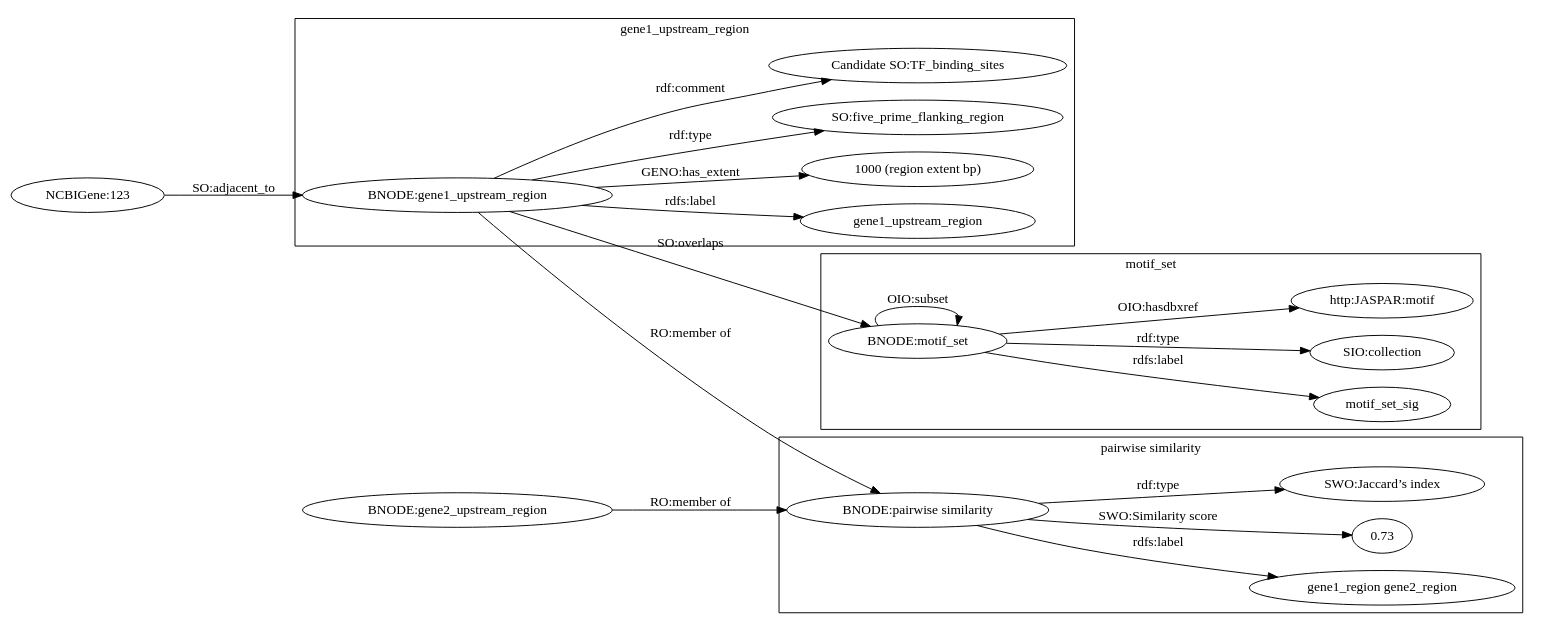
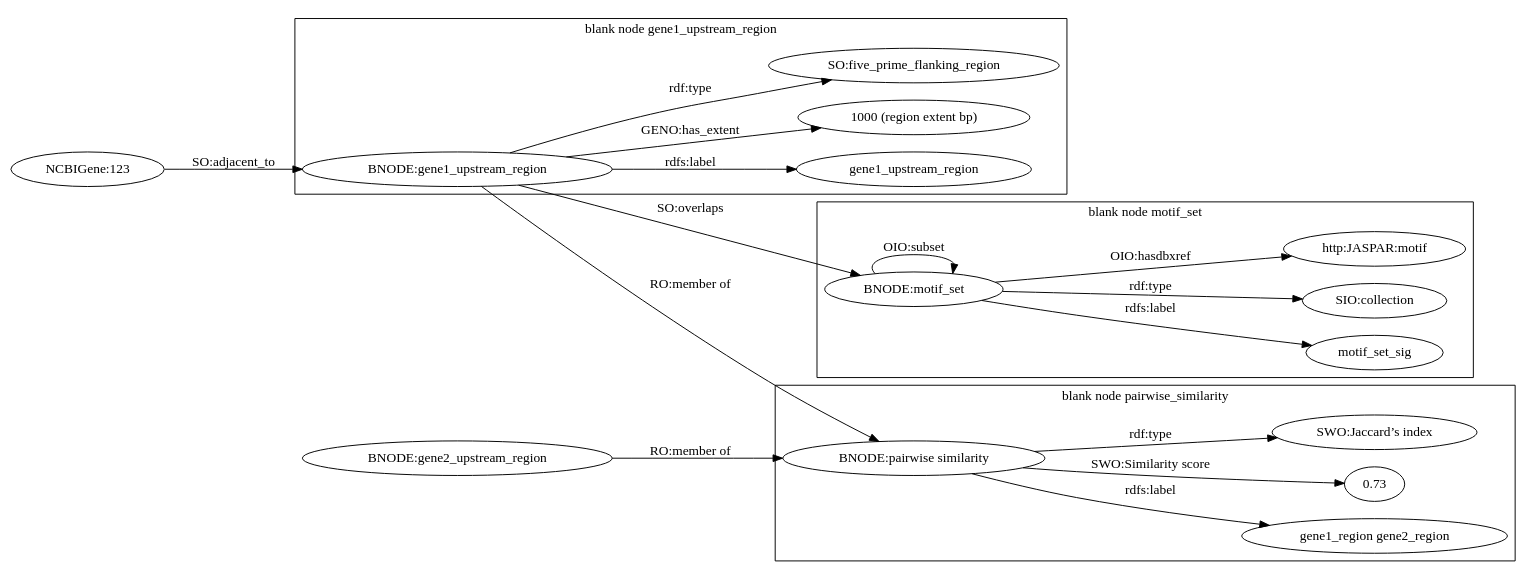
The diagram in jaspar_target_model.gv (TomConlin/Jaspar_FA), drawn with Graphviz before and after one commit. The commit also changed 4 other files, not shown here.

```diff
--- a/jaspar_target_model.gv
+++ b/jaspar_target_model.gv
@@ -1,45 +1,44 @@
-
 digraph{
  rankdir=LR;
  compound=true;
  title=JASPAR_target_model
  
  "NCBIGene:123" -> "BNODE:gene1_upstream_region" [label="SO:adjacent_to"]
 
  subgraph cluster_0 { // the genomic region
-	label=gene1_upstream_region
+	label="blank node gene1_upstream_region"
 	"BNODE:gene1_upstream_region" -> "gene1_upstream_region" [label="rdfs:label"]
 	"BNODE:gene1_upstream_region" -> "1000 (region extent bp)" [label="GENO:has_extent"]
 	"BNODE:gene1_upstream_region" -> "SO:five_prime_flanking_region" [label="rdf:type"]	
-	"BNODE:gene1_upstream_region" -> "Candidate SO:TF_binding_sites" [label="rdf:comment"]
+	// "BNODE:gene1_upstream_region" -> "Candidate SO:TF_binding_sites" [label="rdf:comment"]
  }
 
  "BNODE:gene1_upstream_region"-> "BNODE:motif_set" [label="SO:overlaps"]
 
  subgraph cluster_1 { // set of motifs
-	label=motif_set	
+	label="blank node motif_set"	
 	"BNODE:motif_set" -> "motif_set_sig" [label="rdfs:label"]
 	"BNODE:motif_set" -> "SIO:collection" [label="rdf:type"]
 	//"BNODE:motif_set" -> "3 (flavors)" [label="rdf:value"]
 	// FROM: motifsetsig_motif.tab (mmotif_set_sig, motif) 
 	"BNODE:motif_set" -> "http:JASPAR:motif" [label="OIO:hasdbxref"]
  }
 
 "BNODE:motif_set" -> "BNODE:motif_set" [label="OIO:subset"] // prolly not 
 
 // "BNODE:motif_set" -> "JASPAR:motif" [label="RO:has member"]
 // "JASPAR:motif" -> "SO:nucleotide_motif" [label="rdf:type"]
 // "JASPAR:motif" -> "http:JASPAR:motif" [label="OIO:hasdbxref"]
 // "JASPAR:motif" -> "motif"[label="rdfs:label"]
 
  "BNODE:gene1_upstream_region" -> "BNODE:pairwise similarity" [label="RO:member of"]
  "BNODE:gene2_upstream_region" -> "BNODE:pairwise similarity" [label="RO:member of"]
 
  subgraph cluster_2 { // pairwise similarity
-	label="pairwise similarity"	
+	label="blank node pairwise_similarity"	
 	"BNODE:pairwise similarity" -> "gene1_region gene2_region" [label="rdfs:label"]
 	"BNODE:pairwise similarity" -> "0.73" [label="SWO:Similarity score"]
 	"BNODE:pairwise similarity" -> "SWO:Jaccard’s index" [label="rdf:type"]
 	// Term IRI: http://www.ebi.ac.uk/efo/swo/SWO_0000243
  }
 }
```
